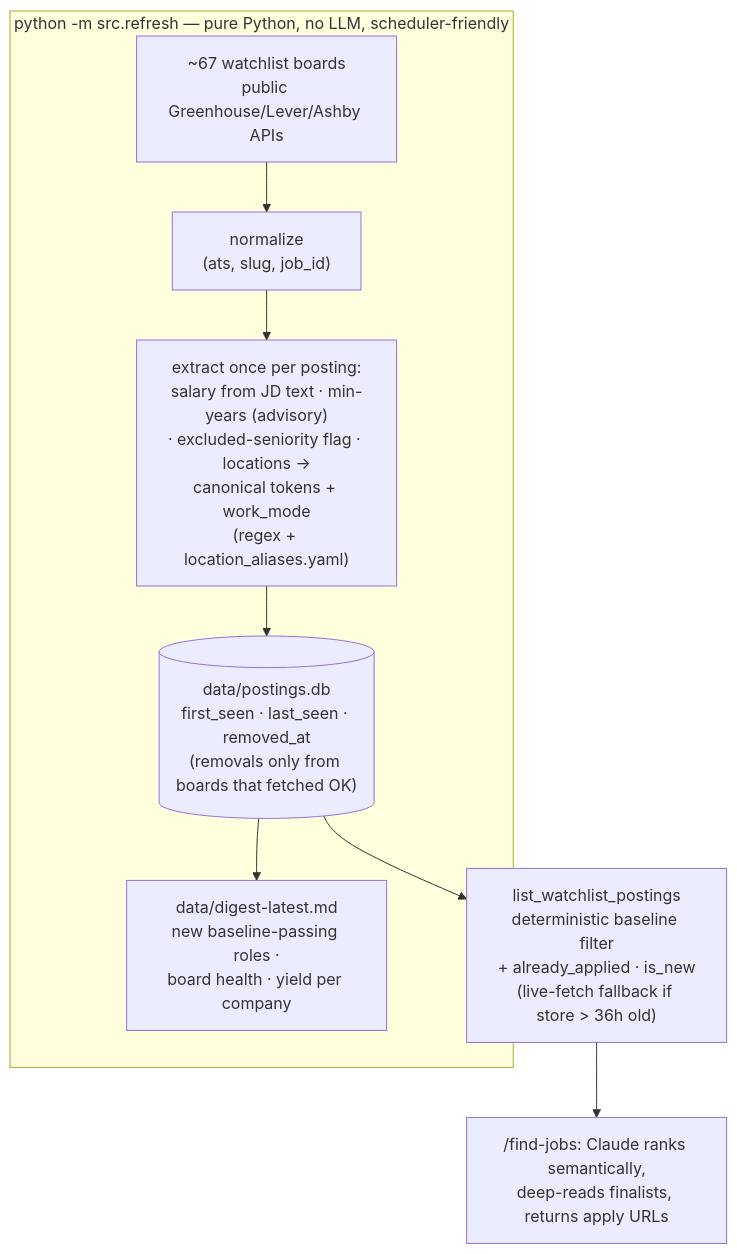
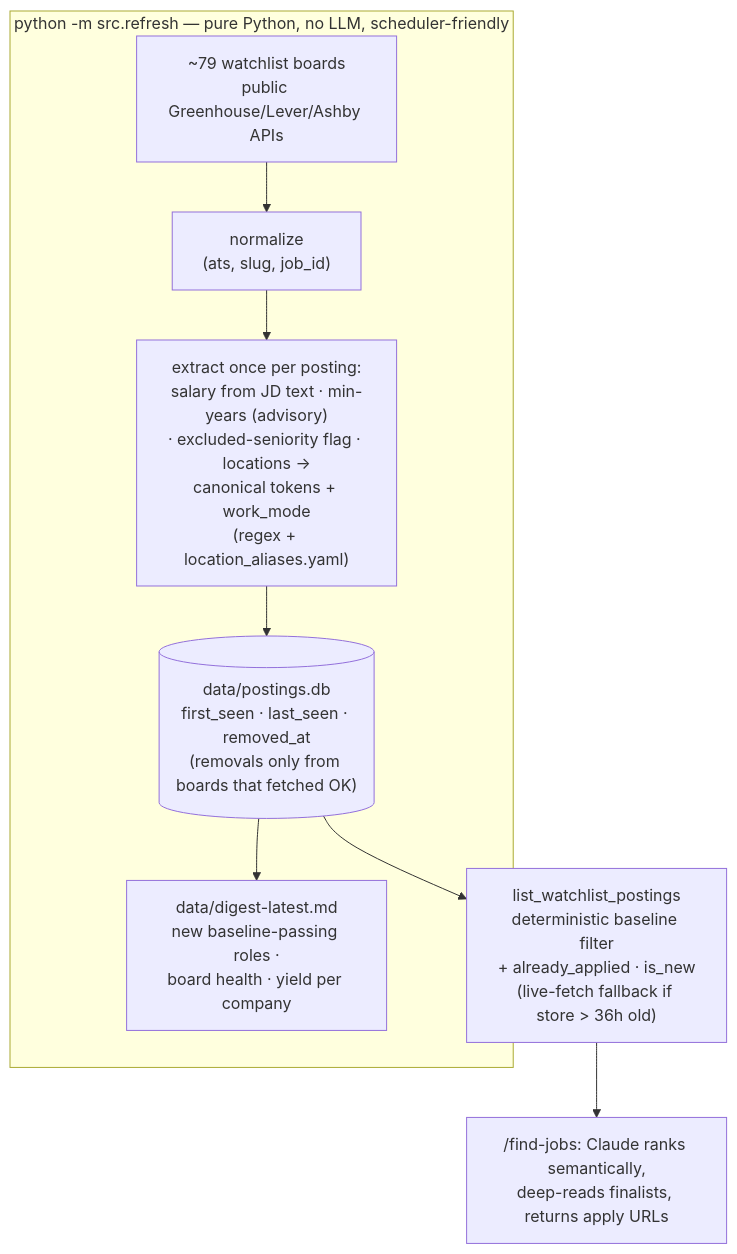
The first of 7 diagrams in README.md (sbhaskaran0/job-applier), drawn with Mermaid before and after one commit. The commit also changed 8 other files, not shown here.

````diff
--- a/README.md
+++ b/README.md
@@ -67,11 +67,11 @@
 ```mermaid
 flowchart TD
     subgraph ING["python -m src.refresh — pure Python, no LLM, scheduler-friendly"]
-        B["~67 watchlist boards<br/>public Greenhouse/Lever/Ashby APIs"] --> N["normalize<br/>(ats, slug, job_id)"]
+        B["~79 watchlist boards<br/>public Greenhouse/Lever/Ashby APIs"] --> N["normalize<br/>(ats, slug, job_id)"]
         N --> X["extract once per posting:<br/>salary from JD text · min-years (advisory)<br/>· excluded-seniority flag · locations →<br/>canonical tokens + work_mode<br/>(regex + location_aliases.yaml)"]
         X --> DB[("data/postings.db<br/>first_seen · last_seen · removed_at<br/>(removals only from boards that fetched OK)")]
         DB --> DG["data/digest-latest.md<br/>new baseline-passing roles ·<br/>board health · yield per company"]
     end
     DB --> Q["list_watchlist_postings<br/>deterministic baseline filter<br/>+ already_applied · is_new<br/>(live-fetch fallback if store > 36h old)"]
     Q --> R["/find-jobs: Claude ranks semantically,<br/>deep-reads finalists, returns apply URLs"]
 ```
````
